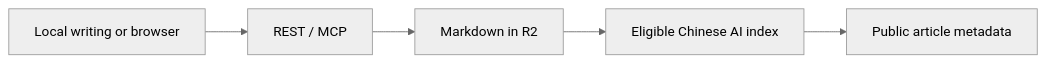
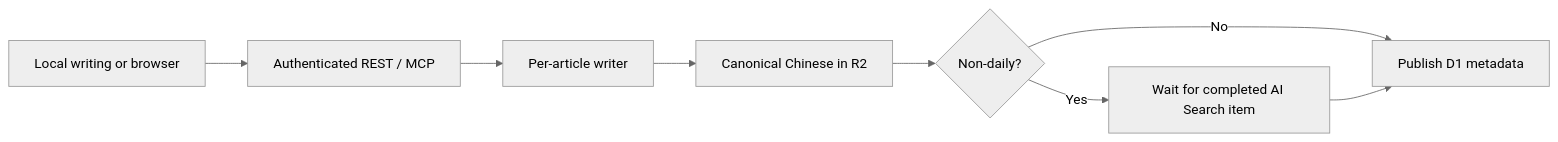
One commit to Pleasurecruise/my-knowledge changed the diagram in README.md. Above: the diagram before and after it, drawn with Mermaid (neutral theme). The commit also changed 78 other files, not shown here.

````diff
--- a/README.md
+++ b/README.md
@@ -18,7 +18,10 @@
 ```mermaid
 flowchart LR
-  Writing[Local writing or browser] --> API[REST / MCP]
-  API --> R2[Markdown in R2]
-  R2 --> Search[Eligible Chinese AI index]
-  Search --> D1[Public article metadata]
+  Writing[Local writing or browser] --> API[Authenticated REST / MCP]
+  API --> Writer[Per-article writer]
+  Writer --> R2[Canonical Chinese in R2]
+  R2 --> Eligible{Non-daily?}
+  Eligible -->|Yes| Search[Wait for completed AI Search item]
+  Eligible -->|No| D1[Publish D1 metadata]
+  Search --> D1
 ```
````
